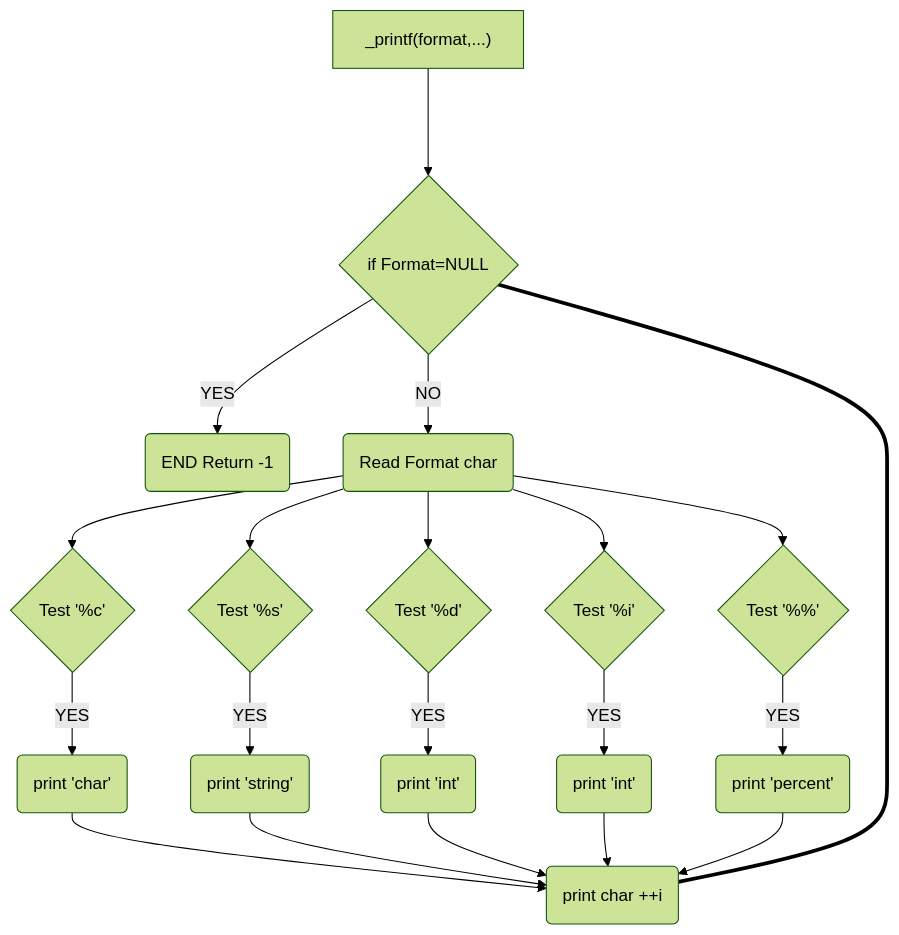
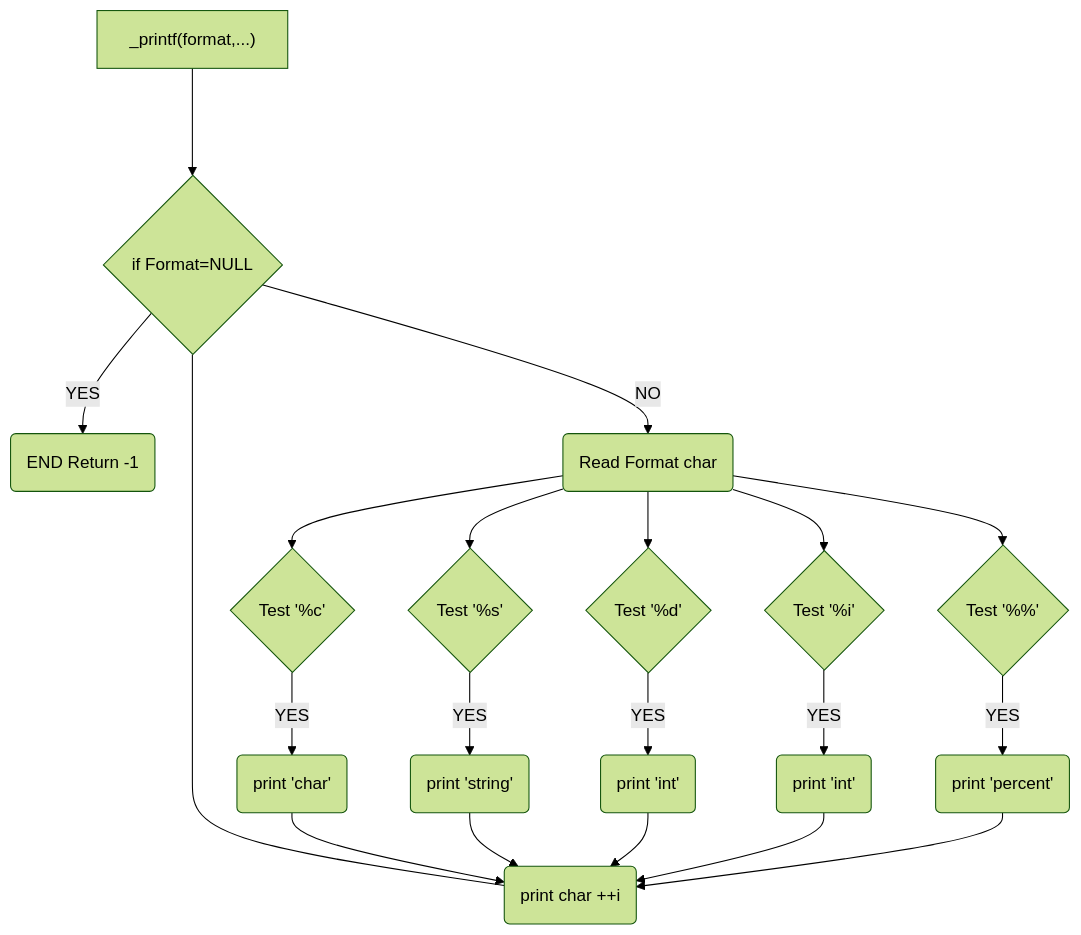
The diagram in README.md (Genia888/holbertonschool-printf), drawn with Mermaid (forest theme) before and after one commit.

````diff
--- a/README.md
+++ b/README.md
@@ -76,18 +76,18 @@
 ```mermaid
 flowchart TD
     A["_printf(format,...)"] --->B{"if  Format=NULL"}
+    B --- M
     B -- YES --> I("END Return -1")
     B -- NO --> C("Read Format char")
     C --> D{Test '%c'} 
     C --> E{Test '%s' } 
     C --> F{Test '%d'}  
     C --> J{Test '%i'}  
     C --> K{Test '%%'}
     D -- YES --> 1(print 'char')
     E -- YES --> 2(print 'string')
     F -- YES --> 3(print 'int')
     J -- YES --> 4(print 'int')
     K -- YES --> 5(print 'percent')
     1 & 2 & 3 & 4 & 5 --> M(print char ++i)
-    B === M
 ```
````
